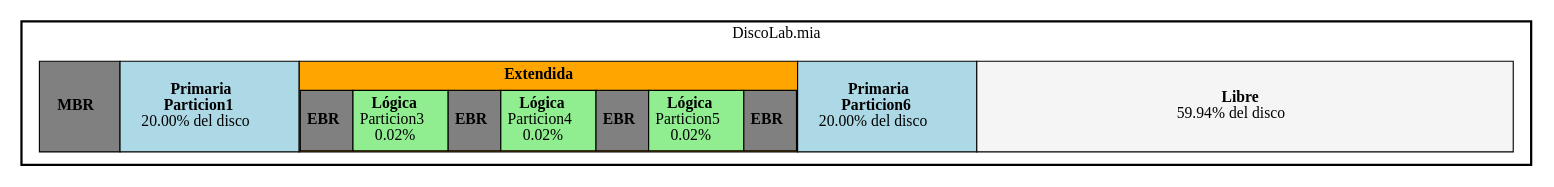
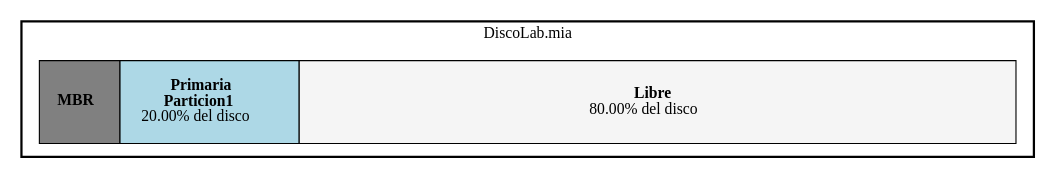
One commit to Ennero/MIA_1S2025_P1_202302220 changed the diagram in backend/output/report_disk.dot. Above: the diagram before and after it, drawn with Graphviz. The commit also changed 23 other files, not shown here.

```diff
--- a/backend/output/report_disk.dot
+++ b/backend/output/report_disk.dot
@@ -1,35 +1,20 @@
 digraph G {
 	node [shape=none];
 	graph [splines=false];
 	subgraph cluster_disk {
 		label="DiscoLab.mia";
 		style=filled;
 		fillcolor=white;
 		color=black;
 		penwidth=2;
 		table [label=<
 			<TABLE BORDER="0" CELLBORDER="1" CELLSPACING="0" CELLPADDING="15" WIDTH="800">
 			<TR>
 			<TD BGCOLOR="gray" ALIGN="CENTER"><B>MBR</B></TD>
 			<TD BGCOLOR="lightblue" WIDTH="160" ALIGN="CENTER"><B>Primaria</B><BR/><B>Particion1</B><BR/>20.00% del disco</TD>
-			<TD BGCOLOR="orange" WIDTH="160" ALIGN="CENTER" CELLPADDING="0">
-				<TABLE BORDER="0" CELLBORDER="0" CELLSPACING="0" CELLPADDING="5" WIDTH="100%">
-				<TR><TD COLSPAN="100" ALIGN="CENTER"><B>Extendida</B></TD></TR>
-				<TR>
-				<TD BGCOLOR="gray" ALIGN="CENTER" BORDER="1"><B>EBR</B></TD>
-				<TD BGCOLOR="lightgreen" ALIGN="CENTER" BORDER="1"><B>Lógica</B><BR/>Particion3<BR/>0.02%</TD>
-				<TD BGCOLOR="gray" ALIGN="CENTER" BORDER="1"><B>EBR</B></TD>
-				<TD BGCOLOR="lightgreen" ALIGN="CENTER" BORDER="1"><B>Lógica</B><BR/>Particion4<BR/>0.02%</TD>
-				<TD BGCOLOR="gray" ALIGN="CENTER" BORDER="1"><B>EBR</B></TD>
-				<TD BGCOLOR="lightgreen" ALIGN="CENTER" BORDER="1"><B>Lógica</B><BR/>Particion5<BR/>0.02%</TD>
-				<TD BGCOLOR="gray" ALIGN="CENTER" BORDER="1"><B>EBR</B></TD>
-				</TR>
-				</TABLE>
-			</TD>
-			<TD BGCOLOR="lightblue" WIDTH="160" ALIGN="CENTER"><B>Primaria</B><BR/><B>Particion6</B><BR/>20.00% del disco</TD>
-			<TD BGCOLOR="#F5F5F5" WIDTH="479" ALIGN="CENTER"><B>Libre</B><BR/>59.94% del disco</TD>
+			<TD BGCOLOR="#F5F5F5" WIDTH="640" ALIGN="CENTER"><B>Libre</B><BR/>80.00% del disco</TD>
 			</TR>
 			</TABLE>
 >];
 	}
 }
```
